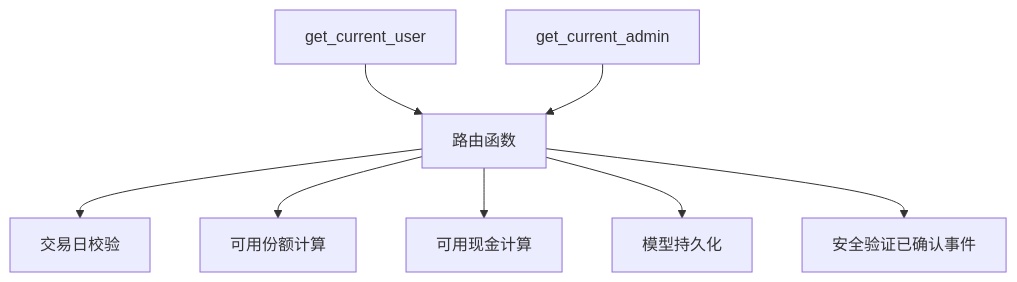
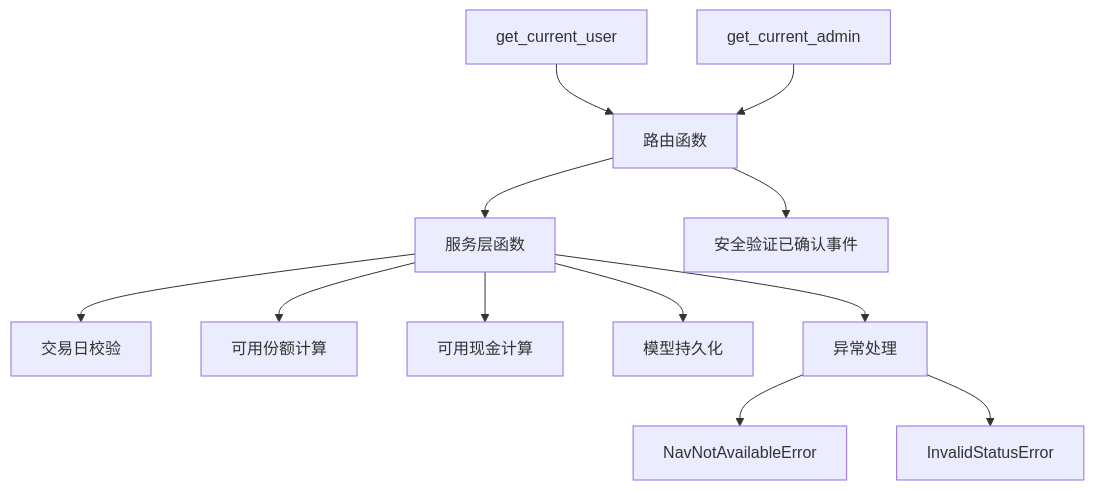
The seventh of 7 diagrams in .qoder/repowiki/zh/content/后端API文档/申购赎回API.md (gujialind/InvestRing), drawn with Mermaid before and after one commit. The commit also changed other lines of this file and 39 other files, not shown here.

````diff
--- a/.qoder/repowiki/zh/content/后端API文档/申购赎回API.md
+++ b/.qoder/repowiki/zh/content/后端API文档/申购赎回API.md
@@ -334,10 +394,14 @@
 ```mermaid
 graph TB
 U["get_current_user"] --> R["路由函数"]
 A["get_current_admin"] --> R
-R --> T["交易日校验"]
-R --> C1["可用份额计算"]
-R --> C2["可用现金计算"]
-R --> M["模型持久化"]
-R --> S["安全验证已确认事件"]
+R --> S["服务层函数"]
+S --> T["交易日校验"]
+S --> C1["可用份额计算"]
+S --> C2["可用现金计算"]
+S --> M["模型持久化"]
+S --> E["异常处理"]
+R --> V["安全验证已确认事件"]
+E --> N["NavNotAvailableError"]
+E --> I["InvalidStatusError"]
 ```
````
